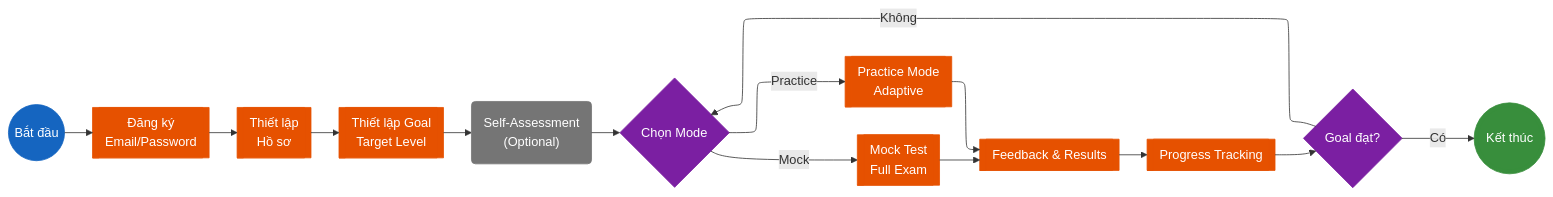
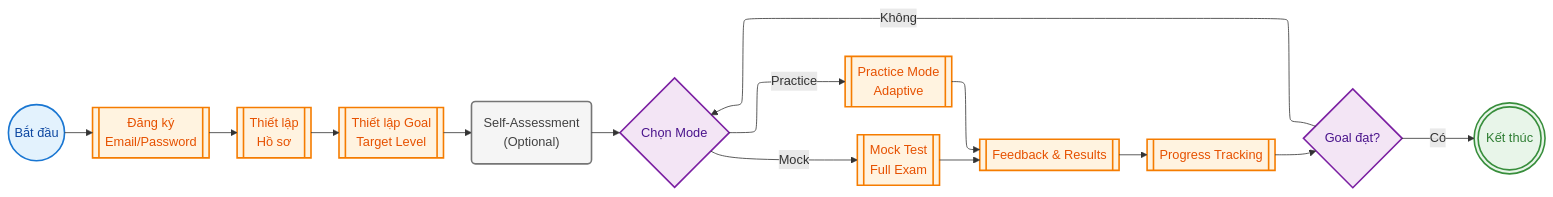
One commit to nghyane/VSTEP changed the ninth of 12 diagrams in docs/capstone/diagrams/flow-diagrams.vi.md. Above: the diagram before and after it, drawn with Mermaid. The commit also changed other lines of this file, not shown here.

First line of the commit message:
style(docs): fix mermaid diagram colors to pastel scheme

````diff
--- a/docs/capstone/diagrams/flow-diagrams.vi.md
+++ b/docs/capstone/diagrams/flow-diagrams.vi.md
@@ -612,42 +612,42 @@
 ```mermaid
 ---
 config:
   layout: elk
 ---
 flowchart LR
     Start@{ shape: circle, label: "Bắt đầu" }
     Reg@{ shape: fr-rect, label: "Đăng ký\nEmail/Password" }
     Profile@{ shape: fr-rect, label: "Thiết lập\nHồ sơ" }
     Goal@{ shape: fr-rect, label: "Thiết lập Goal\nTarget Level" }
     SelfAssess@{ shape: rounded, label: "Self-Assessment\n(Optional)" }
     Select@{ shape: diam, label: "Chọn Mode" }
     Practice@{ shape: fr-rect, label: "Practice Mode\nAdaptive" }
     Mock@{ shape: fr-rect, label: "Mock Test\nFull Exam" }
     Feedback@{ shape: fr-rect, label: "Feedback & Results" }
     Progress@{ shape: fr-rect, label: "Progress Tracking" }
     GoalCheck@{ shape: diam, label: "Goal đạt?" }
     End@{ shape: dbl-circ, label: "Kết thúc" }
 
     Start --> Reg --> Profile --> Goal --> SelfAssess --> Select
     Select -->|"Practice"| Practice
     Select -->|"Mock"| Mock
     Practice --> Feedback
     Mock --> Feedback
     Feedback --> Progress --> GoalCheck
     GoalCheck -->|"Không"| Select
     GoalCheck -->|"Có"| End
 
-    %% Nodes
-    classDef start fill:#1565c0,stroke:#1565c0,color:#fff
-    classDef process fill:#e65100,stroke:#e65100,color:#fff
-    classDef decision fill:#7b1fa2,stroke:#7b1fa2,color:#fff
-    classDef success fill:#388e3c,stroke:#388e3c,color:#fff
-    classDef optional fill:#757575,stroke:#757575,color:#fff
+    %% Nodes - soft pastel fill with dark text
+    classDef start fill:#e3f2fd,stroke:#1976d2,stroke-width:2px,color:#0d47a1
+    classDef process fill:#fff3e0,stroke:#f57c00,stroke-width:2px,color:#e65100
+    classDef decision fill:#f3e5f5,stroke:#7b1fa2,stroke-width:2px,color:#4a148c
+    classDef success fill:#e8f5e9,stroke:#388e3c,stroke-width:2px,color:#2e7d32
+    classDef optional fill:#f5f5f5,stroke:#757575,stroke-width:2px,color:#424242
 
     %% No subgraphs in this diagram
     class Start start
     class Reg,Profile,Goal,Practice,Mock,Feedback,Progress process
     class Select,GoalCheck decision
     class End success
     class SelfAssess optional
 ```
````
